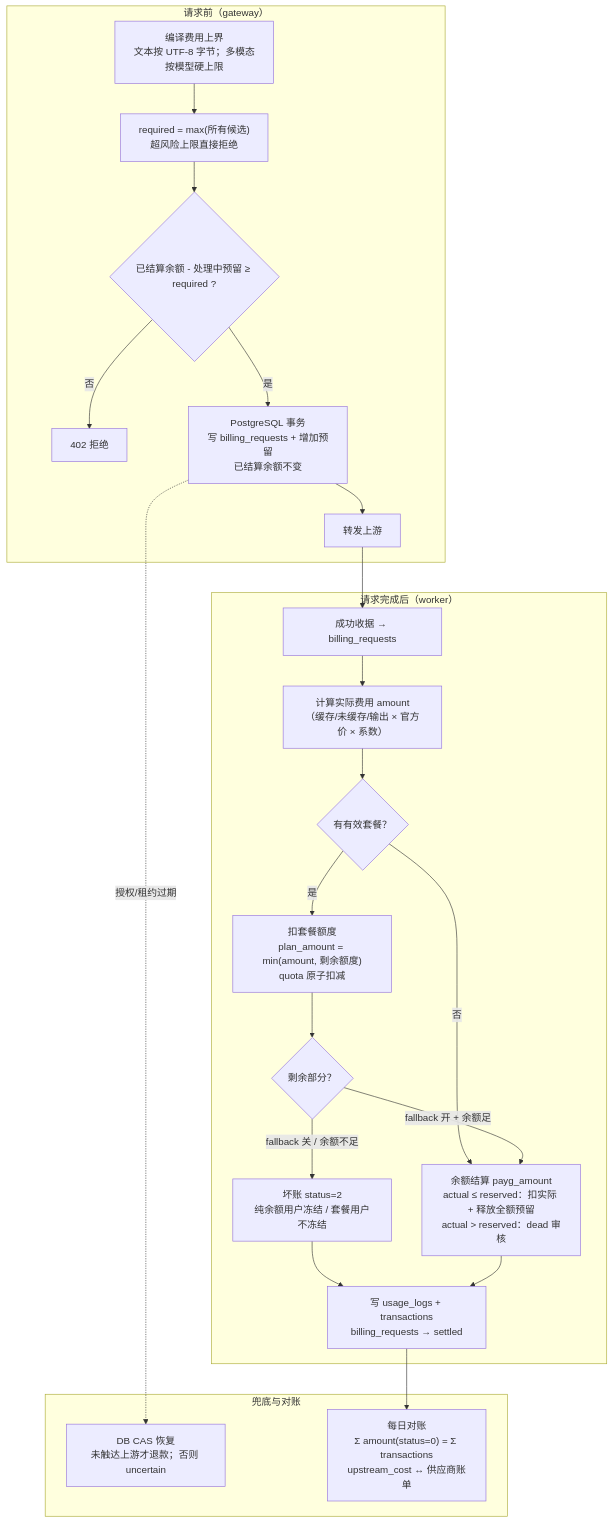
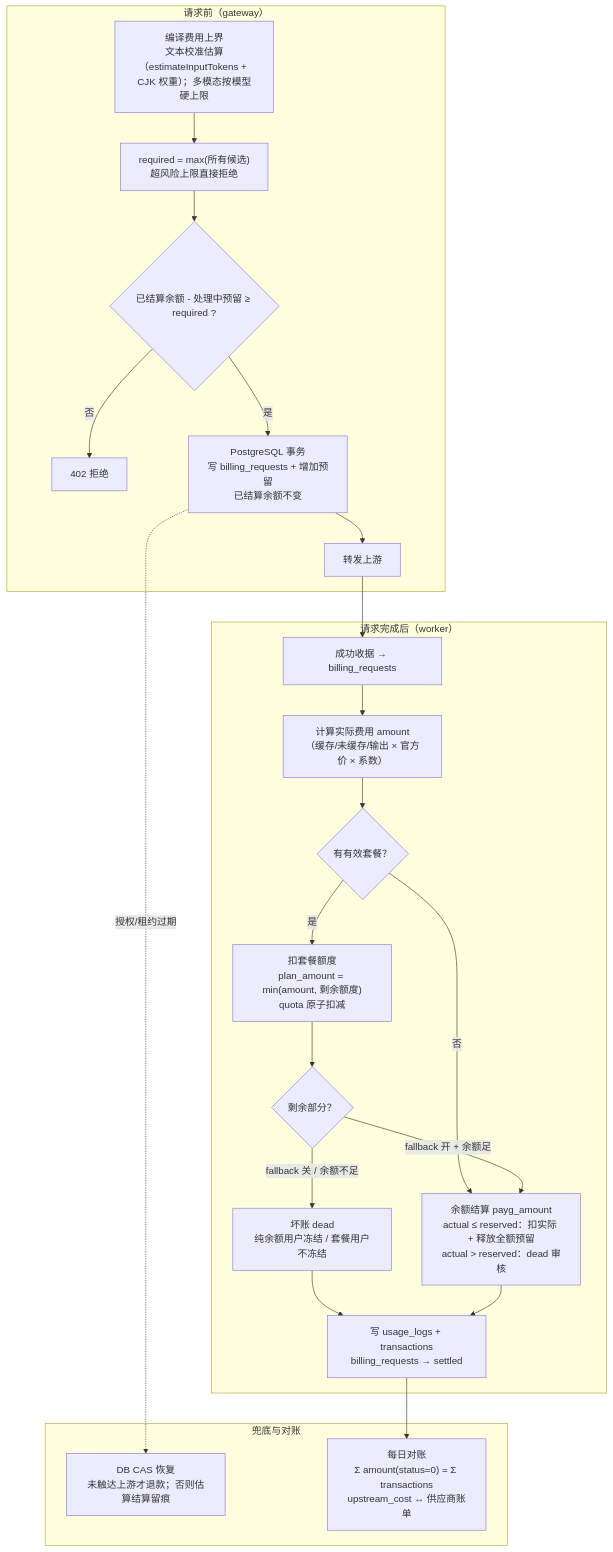
One commit to renxqoo/Tillgate changed the fifth of 8 diagrams in docs/architecture.md. Above: the diagram before and after it, drawn with Mermaid. The commit also changed other lines of this file and 13 other files, not shown here.

````diff
--- a/docs/architecture.md
+++ b/docs/architecture.md
@@ -179,29 +190,29 @@
 ```mermaid
 flowchart TD
     subgraph PH1["请求前（gateway）"]
-        H1["编译费用上界<br/>文本按 UTF-8 字节；多模态按模型硬上限"] --> H2["required = max(所有候选)<br/>超风险上限直接拒绝"]
+        H1["编译费用上界<br/>文本校准估算（estimateInputTokens + CJK 权重）；多模态按模型硬上限"] --> H2["required = max(所有候选)<br/>超风险上限直接拒绝"]
         H2 --> H3{"已结算余额 - 处理中预留 ≥ required ?"}
         H3 -->|"否"| H4["402 拒绝"]
         H3 -->|"是"| H5["PostgreSQL 事务<br/>写 billing_requests + 增加预留<br/>已结算余额不变"]
         H5 --> F["转发上游"]
     end
 
     subgraph PH2["请求完成后（worker）"]
         F --> M["成功收据 → billing_requests"]
         M --> S1["计算实际费用 amount<br/>（缓存/未缓存/输出 × 官方价 × 系数）"]
         S1 --> S2{"有有效套餐？"}
         S2 -->|"是"| S3["扣套餐额度<br/>plan_amount = min(amount, 剩余额度)<br/>quota 原子扣减"]
         S2 -->|"否"| S5
         S3 --> S4{"剩余部分？"}
         S4 -->|"fallback 开 + 余额足"| S5
-        S4 -->|"fallback 关 / 余额不足"| S6["坏账 status=2<br/>纯余额用户冻结 / 套餐用户不冻结"]
+        S4 -->|"fallback 关 / 余额不足"| S6["坏账 dead<br/>纯余额用户冻结 / 套餐用户不冻结"]
         S5["余额结算 payg_amount<br/>actual ≤ reserved：扣实际 + 释放全额预留<br/>actual > reserved：dead 审核"]
         S6 --> S7
         S5 --> S7["写 usage_logs + transactions<br/>billing_requests → settled"]
     end
 
     subgraph PH3["兜底与对账"]
-        H5 -.->|"授权/租约过期"| T1["DB CAS 恢复<br/>未触达上游才退款；否则 uncertain"]
+        H5 -.->|"授权/租约过期"| T1["DB CAS 恢复<br/>未触达上游才退款；否则估算结算留痕"]
         S7 --> T2["每日对账<br/>Σ amount(status=0) = Σ transactions<br/>upstream_cost ↔ 供应商账单"]
     end
 ```
````
